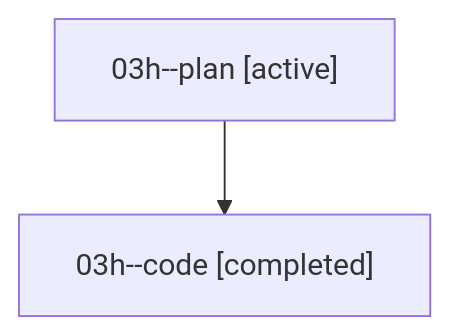
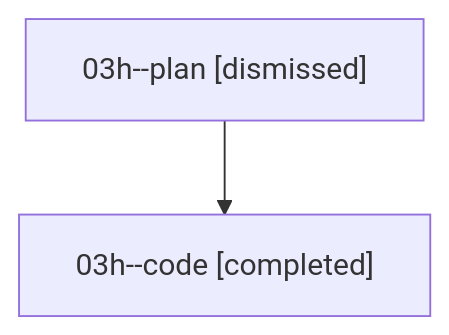
One commit to bobs-org/bob-cli--agents changed the diagram in sessions/bbugyi200.athena.03h.md. Above: the diagram before and after it, drawn with Mermaid. The commit also changed other lines of this file and 6 other files, not shown here.

````diff
--- a/sessions/bbugyi200.athena.03h.md
+++ b/sessions/bbugyi200.athena.03h.md
@@ -9,6 +9,6 @@
 ```mermaid
 flowchart TD
-  n0["03h--plan [active]"]
+  n0["03h--plan [dismissed]"]
   n1["03h--code [completed]"]
   n0 --> n1
 ```
````
